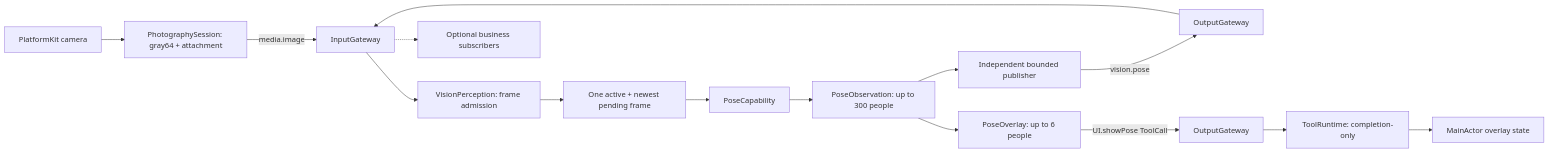
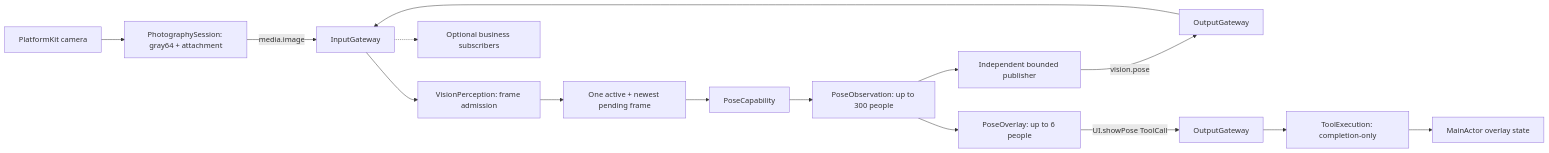
Before and after one commit to devilyouwei/MobileHarness: the second of 3 diagrams in MobileHarness/Agents/VisionPerception/README.md, drawn with Mermaid. The commit also changed other lines of this file and 132 other files, not shown here.

````diff
--- a/MobileHarness/Agents/VisionPerception/README.md
+++ b/MobileHarness/Agents/VisionPerception/README.md
@@ -59,17 +59,17 @@
 ```mermaid
 flowchart LR
     Camera[PlatformKit camera] --> App[PhotographySession: gray64 + attachment]
     App -->|media.image| IG[InputGateway]
     IG --> Filter[VisionPerception: frame admission]
     Filter --> Latest[One active + newest pending frame]
     Latest --> Pose[PoseCapability]
     Pose --> Obs[PoseObservation: up to 300 people]
     Obs --> Pub[Independent bounded publisher]
     Pub -->|vision.pose| OG1[OutputGateway]
     OG1 --> IG[InputGateway]
     IG -.-> Future[Optional business subscribers]
     Obs --> Projection[PoseOverlay: up to 6 people]
     Projection -->|UI.showPose ToolCall| OG2[OutputGateway]
-    OG2 --> TR[ToolRuntime: completion-only]
+    OG2 --> TR[ToolExecution: completion-only]
     TR --> UI[MainActor overlay state]
 ```
````
